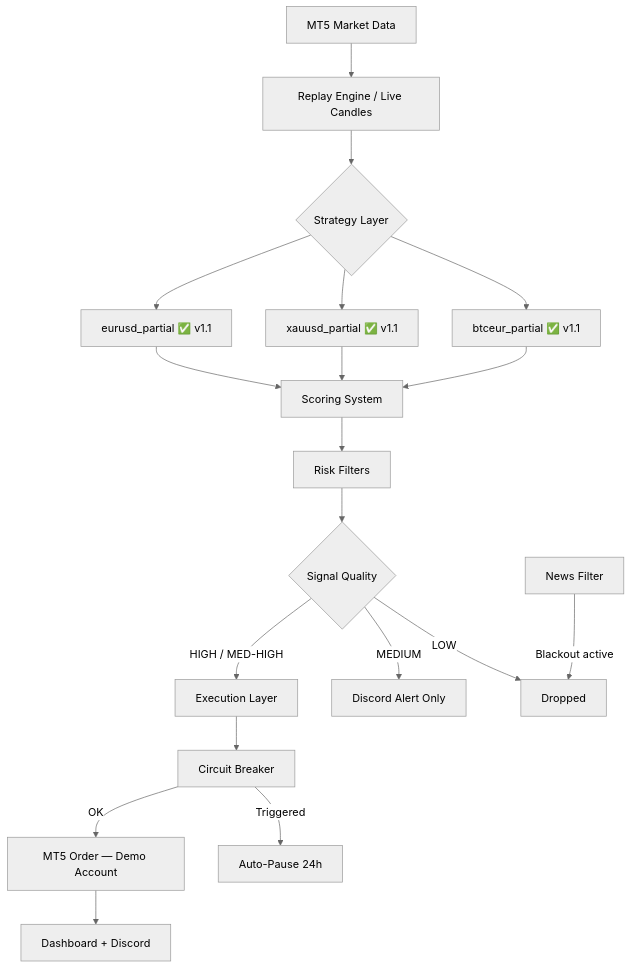
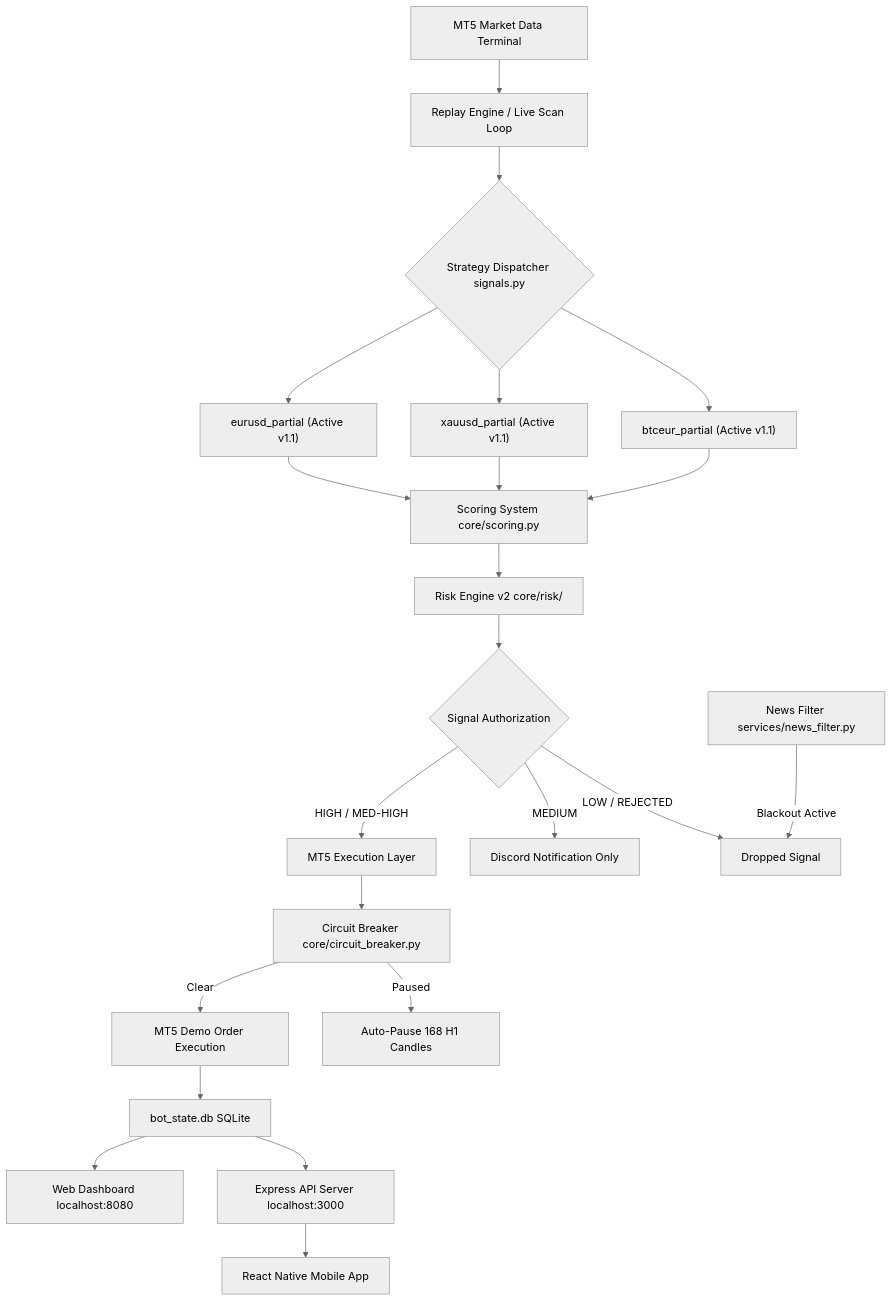
The diagram in README.md (imlast999/LastEdge), drawn with Mermaid (neutral theme) before and after one commit. The commit also changed other lines of this file and 49 other files, not shown here.

Commit message:
feat: complete LastEdge core features (P0.1, P0.2, P0.3, P1.1) and dashboard stability

````diff
--- a/README.md
+++ b/README.md
@@ -57,19 +61,22 @@
 ```mermaid
 flowchart TD
-    A[MT5 Market Data] --> B[Replay Engine / Live Candles]
-    B --> C{Strategy Layer}
-    C --> D[eurusd_partial ✅ v1.1]
-    C --> E[xauusd_partial ✅ v1.1]
-    C --> F[btceur_partial ✅ v1.1]
-    D & E & F --> G[Scoring System]
-    G --> H[Risk Filters]
-    H --> I{Signal Quality}
-    I -->|HIGH / MED-HIGH| J[Execution Layer]
-    I -->|MEDIUM| K[Discord Alert Only]
-    I -->|LOW| L[Dropped]
-    J --> M[Circuit Breaker]
-    M -->|OK| N[MT5 Order — Demo Account]
-    M -->|Triggered| O[Auto-Pause 24h]
-    N --> P[Dashboard + Discord]
-    Q[News Filter] -->|Blackout active| L
+    A[MT5 Market Data Terminal] --> B[Replay Engine / Live Scan Loop]
+    B --> C{Strategy Dispatcher signals.py}
+    C --> D["eurusd_partial (Active v1.1)"]
+    C --> E["xauusd_partial (Active v1.1)"]
+    C --> F["btceur_partial (Active v1.1)"]
+    D & E & F --> G[Scoring System core/scoring.py]
+    G --> H[Risk Engine v2 core/risk/]
+    H --> I{Signal Authorization}
+    I -->|HIGH / MED-HIGH| J[MT5 Execution Layer]
+    I -->|MEDIUM| K[Discord Notification Only]
+    I -->|LOW / REJECTED| L[Dropped Signal]
+    J --> M[Circuit Breaker core/circuit_breaker.py]
+    M -->|Clear| N[MT5 Demo Order Execution]
+    M -->|Paused| O[Auto-Pause 168 H1 Candles]
+    N --> P[bot_state.db SQLite]
+    P --> Q[Web Dashboard localhost:8080]
+    P --> R[Express API Server localhost:3000]
+    R --> S[React Native Mobile App]
+    T[News Filter services/news_filter.py] -->|Blackout Active| L
 ```
````
